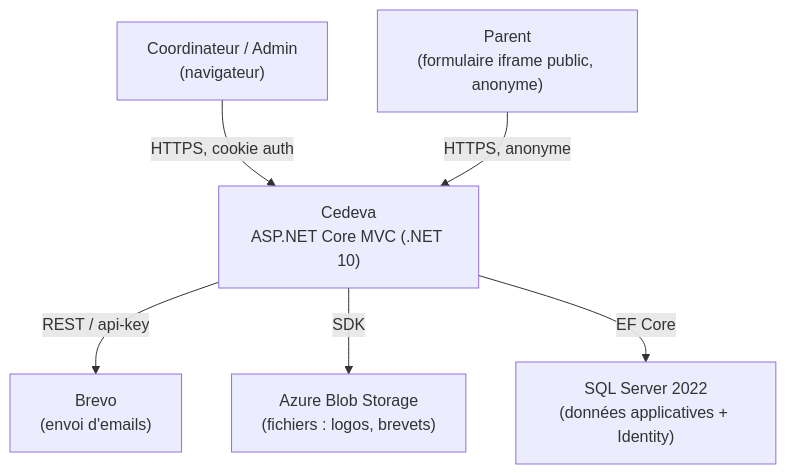
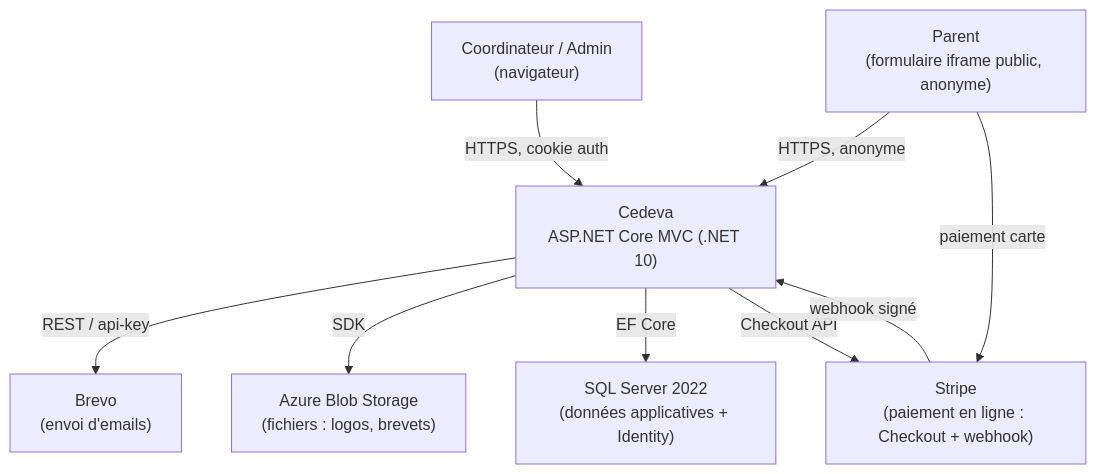
One commit to ogautier1980/cedeva-v2 changed the first of 4 diagrams in docs/architecture.md. Above: the diagram before and after it, drawn with Mermaid. The commit also changed other lines of this file and 6 other files, not shown here.

````diff
--- a/docs/architecture.md
+++ b/docs/architecture.md
@@ -10,15 +10,19 @@
 ```mermaid
 graph TB
     coord["Coordinateur / Admin<br/>(navigateur)"]
     parent["Parent<br/>(formulaire iframe public, anonyme)"]
     cedeva["Cedeva<br/>ASP.NET Core MVC (.NET 10)"]
     brevo["Brevo<br/>(envoi d'emails)"]
     blob["Azure Blob Storage<br/>(fichiers : logos, brevets)"]
     sql["SQL Server 2022<br/>(données applicatives + Identity)"]
+    stripe["Stripe<br/>(paiement en ligne : Checkout + webhook)"]
 
     coord -->|HTTPS, cookie auth| cedeva
     parent -->|HTTPS, anonyme| cedeva
+    parent -->|paiement carte| stripe
     cedeva -->|REST / api-key| brevo
     cedeva -->|SDK| blob
     cedeva -->|EF Core| sql
+    cedeva -->|Checkout API| stripe
+    stripe -->|webhook signé| cedeva
 ```
````
